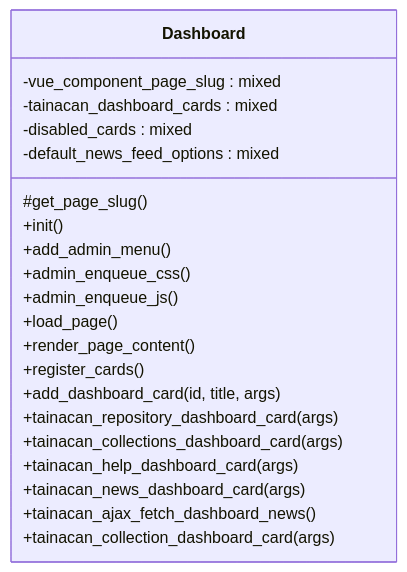
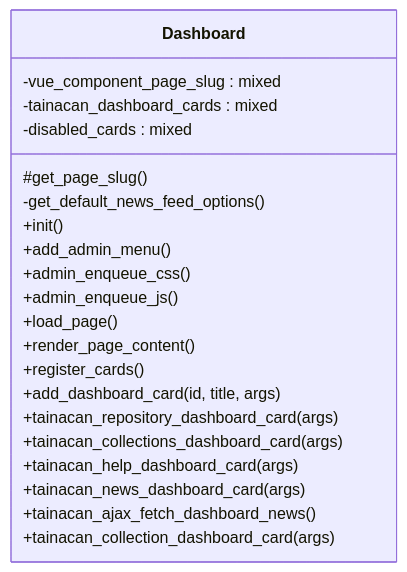
One commit to tainacan/tainacan changed the diagram in docs/phpdoc/classes/Tainacan/Dashboard.mmd. Above: the diagram before and after it, drawn with Mermaid. The commit also changed 30 other files, not shown here.

```diff
--- a/docs/phpdoc/classes/Tainacan/Dashboard.mmd
+++ b/docs/phpdoc/classes/Tainacan/Dashboard.mmd
@@ -1,23 +1,23 @@
 classDiagram
     direction TB
     class Dashboard {
         -vue_component_page_slug : mixed
         -tainacan_dashboard_cards : mixed
         -disabled_cards : mixed
-        -default_news_feed_options : mixed
         #get_page_slug()
+        -get_default_news_feed_options()
         +init()
         +add_admin_menu()
         +admin_enqueue_css()
         +admin_enqueue_js()
         +load_page()
         +render_page_content()
         +register_cards()
         +add_dashboard_card(id, title, args)
         +tainacan_repository_dashboard_card(args)
         +tainacan_collections_dashboard_card(args)
         +tainacan_help_dashboard_card(args)
         +tainacan_news_dashboard_card(args)
         +tainacan_ajax_fetch_dashboard_news()
         +tainacan_collection_dashboard_card(args)
     }
```
